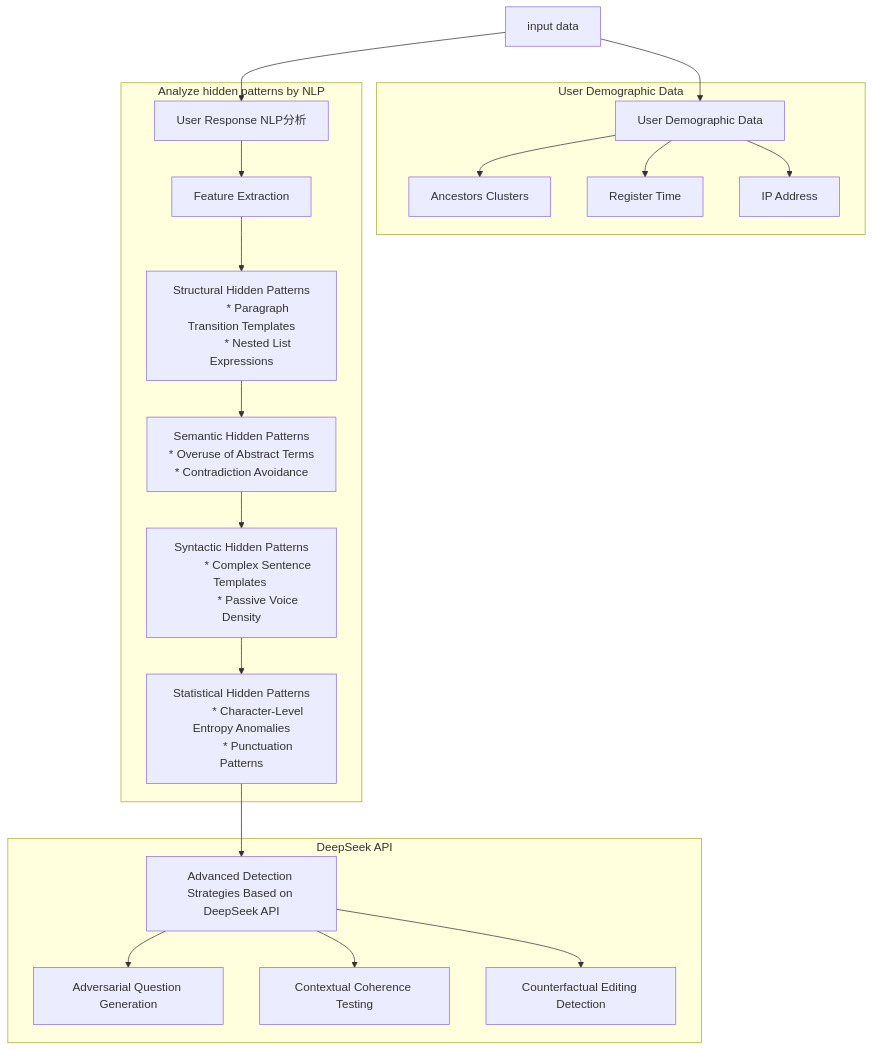
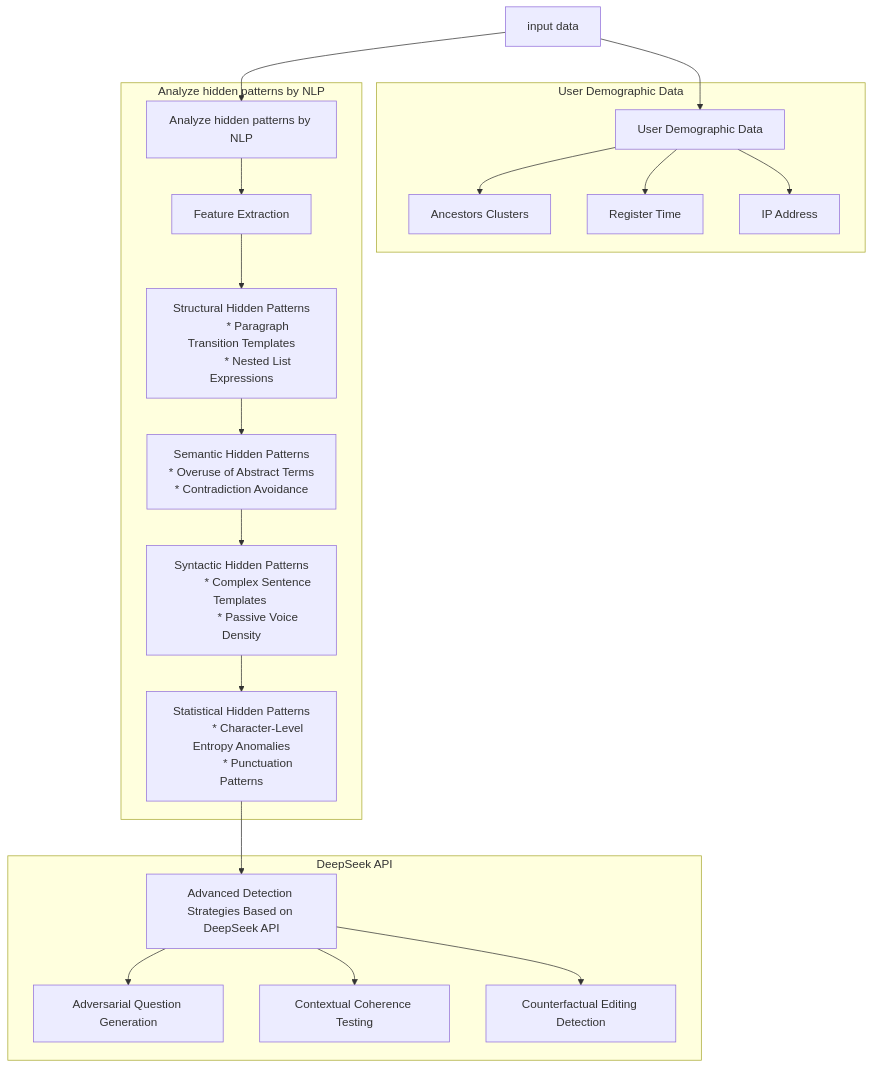
One commit to stemgene/BeSample_Demo changed the diagram in 20250129new_method/Readme.md. Above: the diagram before and after it, drawn with Mermaid.

````diff
--- a/20250129new_method/Readme.md
+++ b/20250129new_method/Readme.md
@@ -1,33 +1,33 @@
 ```mermaid
 
 graph TD
 A[input data] --> B[User Demographic Data]
-A --> C[User Response NLP分析]
+A --> C[Analyze hidden patterns by NLP]
 subgraph User Demographic Data
 B --> B1[Ancestors Clusters]
 B --> B2[Register Time]
 B --> B3[IP Address]
 end
 subgraph Analyze hidden patterns by NLP
 C --> C1[Feature Extraction]
 C1 --> C2["Structural Hidden Patterns
            * Paragraph Transition Templates
            * Nested List Expressions"]
 C2 --> C3["Semantic Hidden Patterns
            * Overuse of Abstract Terms
            * Contradiction Avoidance"]
 C3 --> C4["Syntactic Hidden Patterns
            * Complex Sentence Templates 
            * Passive Voice Density"]
 C4 --> C5["Statistical Hidden Patterns
            * Character-Level Entropy Anomalies
            * Punctuation Patterns"]
 end
 
 C5 --> M[Advanced Detection Strategies Based on DeepSeek API]
 subgraph DeepSeek API
 M --> M1[Adversarial Question Generation]
 M --> M2[Contextual Coherence Testing]
 M --> M3[Counterfactual Editing Detection]
 end
 ```
````
